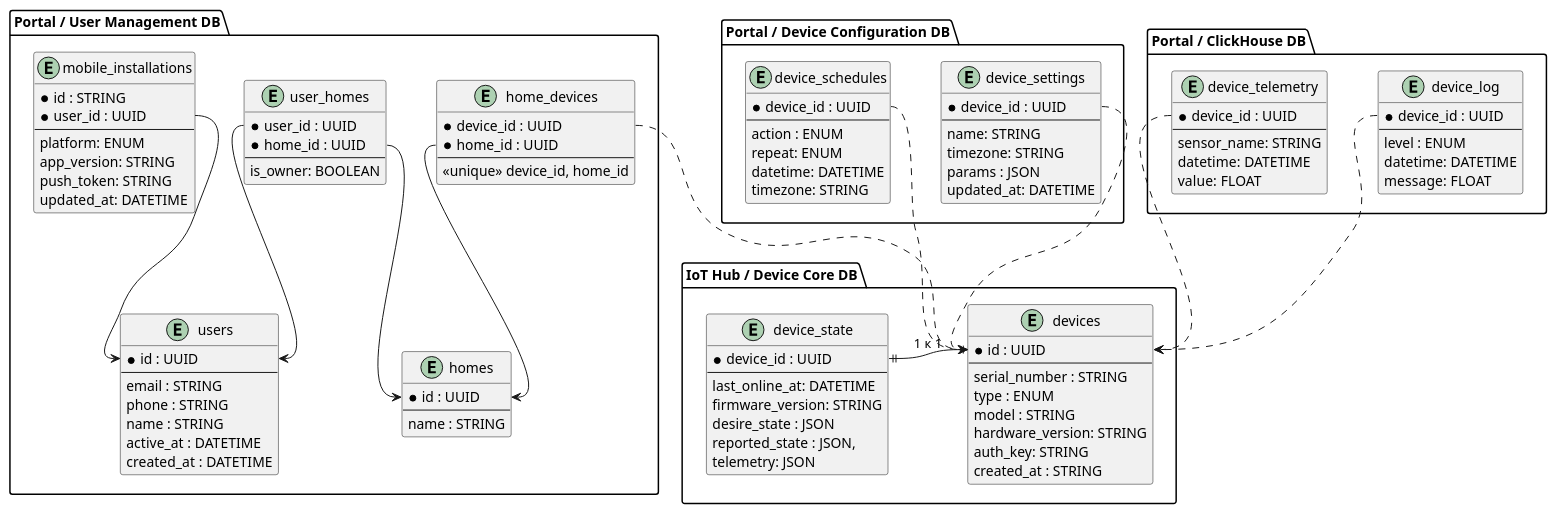
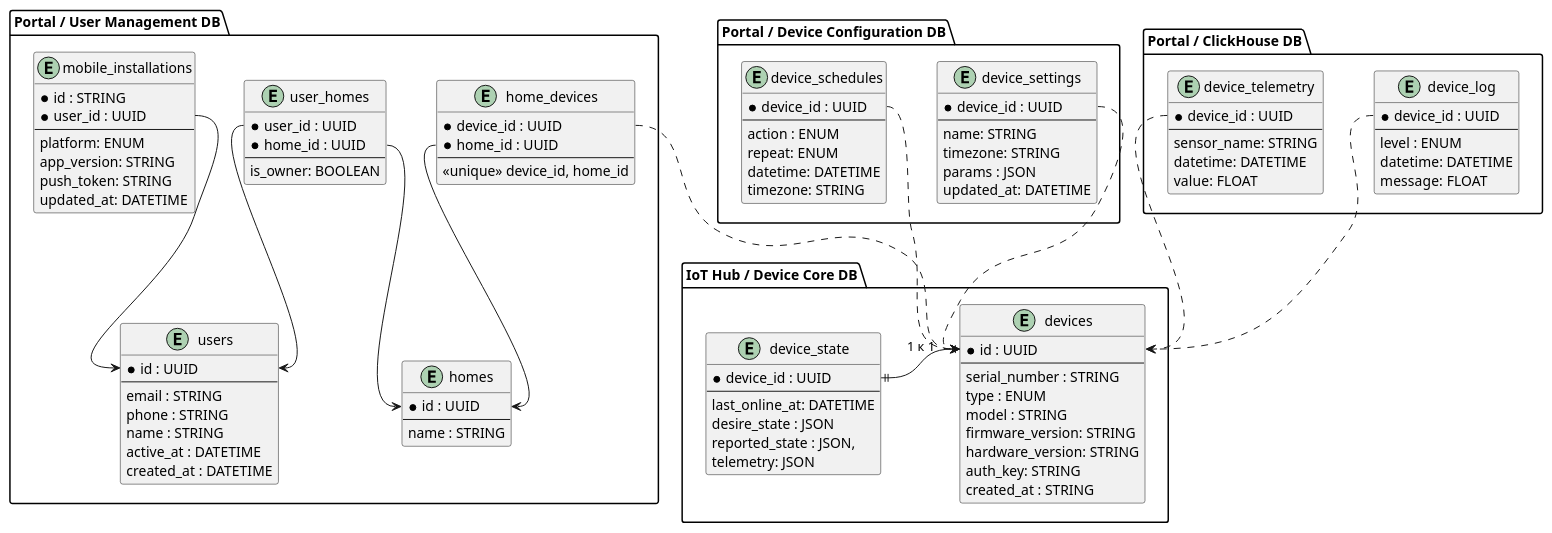
One commit to sapl/yandex-practicum-sprint-3 changed the diagram in tasks/task-1-2/er-diagram.puml. Above: the diagram before and after it, drawn with PlantUML. The commit also changed other lines of this file and 48 other files, not shown here.

```diff
--- a/tasks/task-1-2/er-diagram.puml
+++ b/tasks/task-1-2/er-diagram.puml
@@ -1,123 +1,123 @@
 @startuml
 
 
 package "IoT Hub / Device Core DB" {
 
     entity devices {
         * id : UUID
         --
         serial_number : STRING
         type : ENUM
         model : STRING
+        firmware_version: STRING
         hardware_version: STRING
         auth_key: STRING
         created_at : STRING
     }
 
 
     entity device_state {
         * device_id : UUID
         --
         last_online_at: DATETIME
-        firmware_version: STRING
         desire_state : JSON
         reported_state : JSON,
         telemetry: JSON
     }
 
     device_state::device_id ||-|| devices::id : 1 к 1
 }
 
 package "Portal / User Management DB" {
     entity users {
         * id : UUID
         --
         email : STRING
         phone : STRING
         name : STRING
         active_at : DATETIME
         created_at : DATETIME
     }
 
     entity homes {
         * id : UUID
         --
         name : STRING
     }
 
     entity user_homes {
         * user_id : UUID
         * home_id : UUID
         --
         is_owner: BOOLEAN
     }
 
     entity home_devices {
         * device_id : UUID
         * home_id : UUID
         --
         <<unique>> device_id, home_id
     }
 
     entity mobile_installations {
         * id : STRING
         * user_id : UUID
         --
         platform: ENUM
         app_version: STRING
         push_token: STRING
         updated_at: DATETIME
     }
 
     home_devices::home_id  --> homes::id
     user_homes::home_id  --> homes::id
     user_homes::user_id  --> users::id
     mobile_installations::user_id --> users::id
 }
 
 package "Portal / Device Configuration DB" {
     entity device_schedules {
         * device_id : UUID
         --
         action : ENUM
         repeat: ENUM
         datetime: DATETIME
         timezone: STRING
     }
 
      entity device_settings {
         * device_id : UUID
         --
         name: STRING
         timezone: STRING
         params : JSON
         updated_at: DATETIME
      }
 }
 
 package "Portal / ClickHouse DB" {
     entity device_telemetry {
         * device_id : UUID
         --
         sensor_name: STRING
         datetime: DATETIME
         value: FLOAT
     }
 
     entity device_log {
         * device_id : UUID
         --
         level : ENUM
         datetime: DATETIME
         message: FLOAT
     }
 }
 
 
 home_devices::device_id  .-> devices::id
 device_telemetry::device_id  .-> devices::id
 device_log::device_id  .-> devices::id
 device_schedules::device_id  .-> devices::id
 device_settings::device_id  .-> devices::id
 
 @enduml
```
